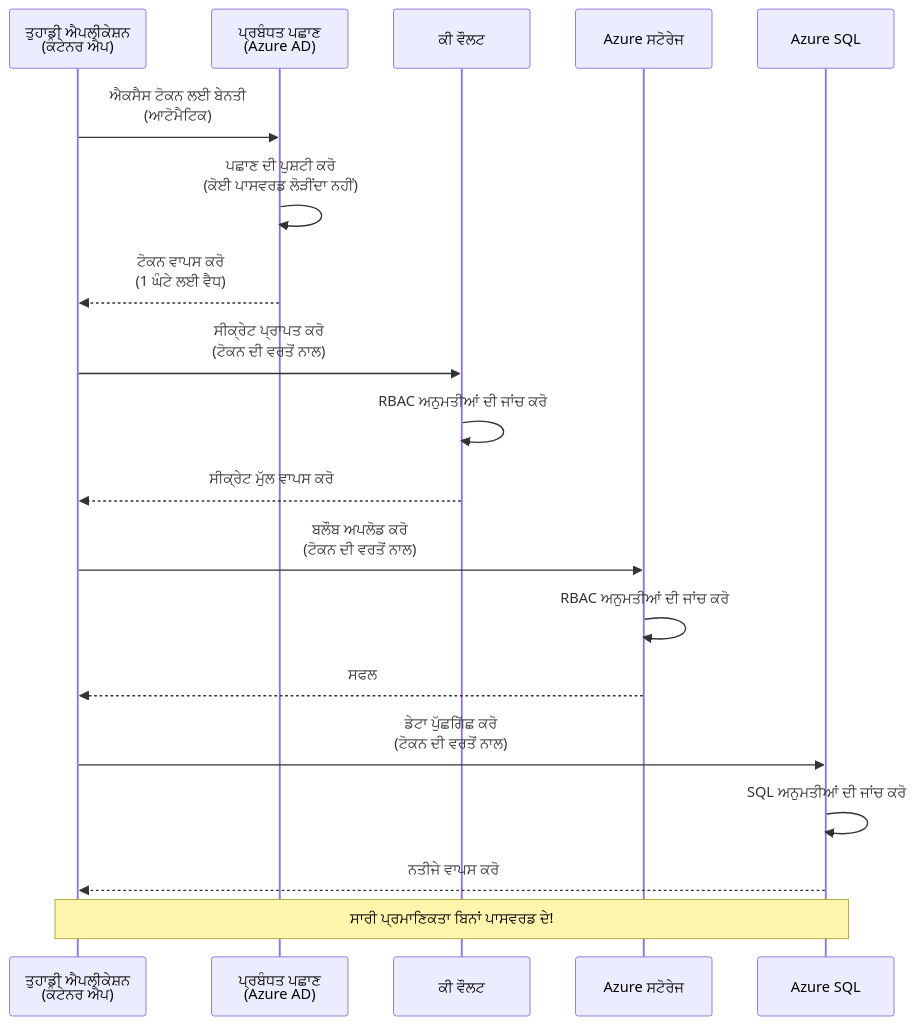
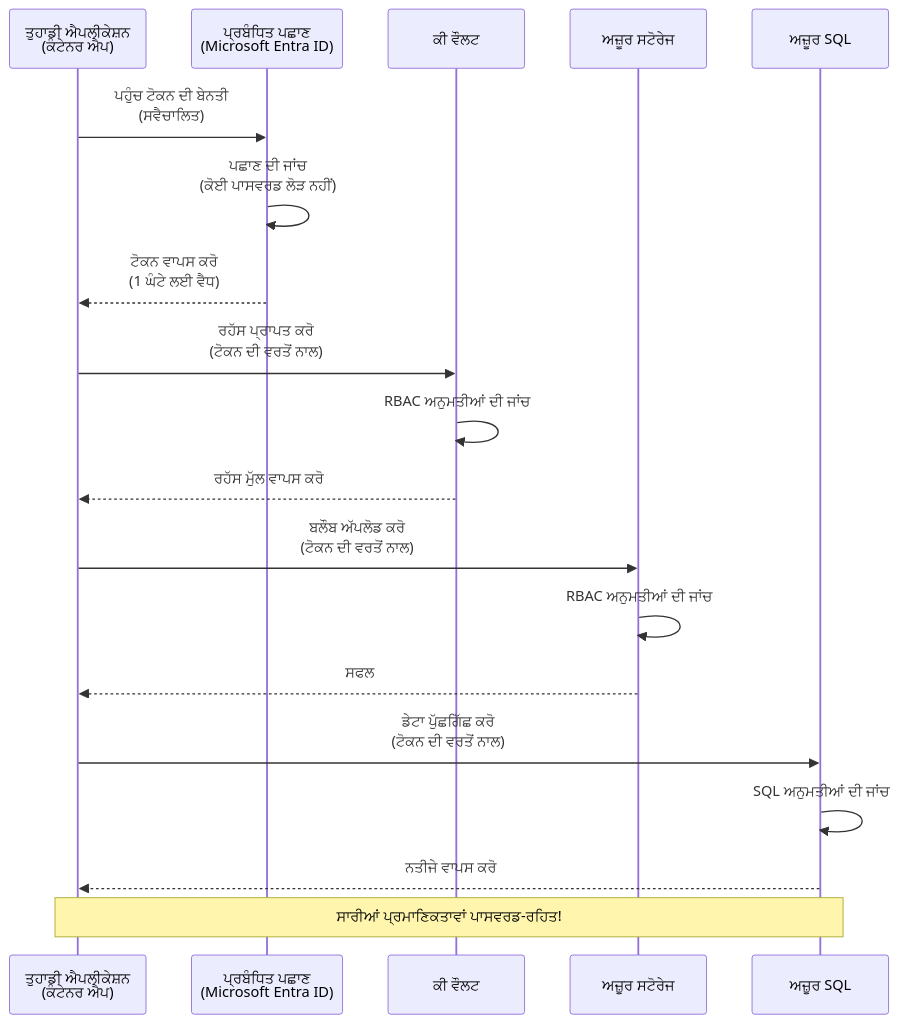
One commit to microsoft/AZD-for-beginners changed the first of 2 diagrams in translations/pa/docs/chapter-03-configuration/authsecurity.md. Above: the diagram before and after it, drawn with Mermaid. The commit also changed other lines of this file and 104 other files, not shown here.

````diff
--- a/translations/pa/docs/chapter-03-configuration/authsecurity.md
+++ b/translations/pa/docs/chapter-03-configuration/authsecurity.md
@@ -69,26 +69,26 @@
 ```mermaid
 sequenceDiagram
     participant App as ਤੁਹਾਡੀ ਐਪਲੀਕੇਸ਼ਨ<br/>(ਕੰਟੇਨਰ ਐਪ)
-    participant MI as ਪ੍ਰਬੰਧਤ ਪਛਾਣ<br/>(Azure AD)
+    participant MI as ਪ੍ਰਬੰਧਿਤ ਪਛਾਣ<br/>(Microsoft Entra ID)
     participant KV as ਕੀ ਵੌਲਟ
-    participant Storage as Azure ਸਟੋਰੇਜ
-    participant DB as Azure SQL
+    participant Storage as ਅਜ਼ੂਰ ਸਟੋਰੇਜ
+    participant DB as ਅਜ਼ੂਰ SQL
     
-    App->>MI: ਐਕਸੈਸ ਟੋਕਨ ਲਈ ਬੇਨਤੀ<br/>(ਆਟੋਮੈਟਿਕ)
-    MI->>MI: ਪਛਾਣ ਦੀ ਪੁਸ਼ਟੀ ਕਰੋ<br/>(ਕੋਈ ਪਾਸਵਰਡ ਲੋੜੀਂਦਾ ਨਹੀਂ)
+    App->>MI: ਪਹੁੰਚ ਟੋਕਨ ਦੀ ਬੇਨਤੀ<br/>(ਸਵੈਚਾਲਿਤ)
+    MI->>MI: ਪਛਾਣ ਦੀ ਜਾਂਚ<br/>(ਕੋਈ ਪਾਸਵਰਡ ਲੋੜ ਨਹੀਂ)
     MI-->>App: ਟੋਕਨ ਵਾਪਸ ਕਰੋ<br/>(1 ਘੰਟੇ ਲਈ ਵੈਧ)
     
-    App->>KV: ਸੀਕ੍ਰੇਟ ਪ੍ਰਾਪਤ ਕਰੋ<br/>(ਟੋਕਨ ਦੀ ਵਰਤੋਂ ਨਾਲ)
-    KV->>KV: RBAC ਅਨੁਮਤੀਆਂ ਦੀ ਜਾਂਚ ਕਰੋ
-    KV-->>App: ਸੀਕ੍ਰੇਟ ਮੁੱਲ ਵਾਪਸ ਕਰੋ
+    App->>KV: ਰਹੱਸ ਪ੍ਰਾਪਤ ਕਰੋ<br/>(ਟੋਕਨ ਦੀ ਵਰਤੋਂ ਨਾਲ)
+    KV->>KV: RBAC ਅਨੁਮਤੀਆਂ ਦੀ ਜਾਂਚ
+    KV-->>App: ਰਹੱਸ ਮੁੱਲ ਵਾਪਸ ਕਰੋ
     
-    App->>Storage: ਬਲੌਬ ਅਪਲੋਡ ਕਰੋ<br/>(ਟੋਕਨ ਦੀ ਵਰਤੋਂ ਨਾਲ)
-    Storage->>Storage: RBAC ਅਨੁਮਤੀਆਂ ਦੀ ਜਾਂਚ ਕਰੋ
+    App->>Storage: ਬਲੌਬ ਅੱਪਲੋਡ ਕਰੋ<br/>(ਟੋਕਨ ਦੀ ਵਰਤੋਂ ਨਾਲ)
+    Storage->>Storage: RBAC ਅਨੁਮਤੀਆਂ ਦੀ ਜਾਂਚ
     Storage-->>App: ਸਫਲ
     
     App->>DB: ਡੇਟਾ ਪੁੱਛਗਿੱਛ ਕਰੋ<br/>(ਟੋਕਨ ਦੀ ਵਰਤੋਂ ਨਾਲ)
-    DB->>DB: SQL ਅਨੁਮਤੀਆਂ ਦੀ ਜਾਂਚ ਕਰੋ
+    DB->>DB: SQL ਅਨੁਮਤੀਆਂ ਦੀ ਜਾਂਚ
     DB-->>App: ਨਤੀਜੇ ਵਾਪਸ ਕਰੋ
     
-    Note over App,DB: ਸਾਰੀ ਪ੍ਰਮਾਣਿਕਤਾ ਬਿਨਾਂ ਪਾਸਵਰਡ ਦੇ!
+    Note over App,DB: ਸਾਰੀਆਂ ਪ੍ਰਮਾਣਿਕਤਾਵਾਂ ਪਾਸਵਰਡ-ਰਹਿਤ!
 ```
````
